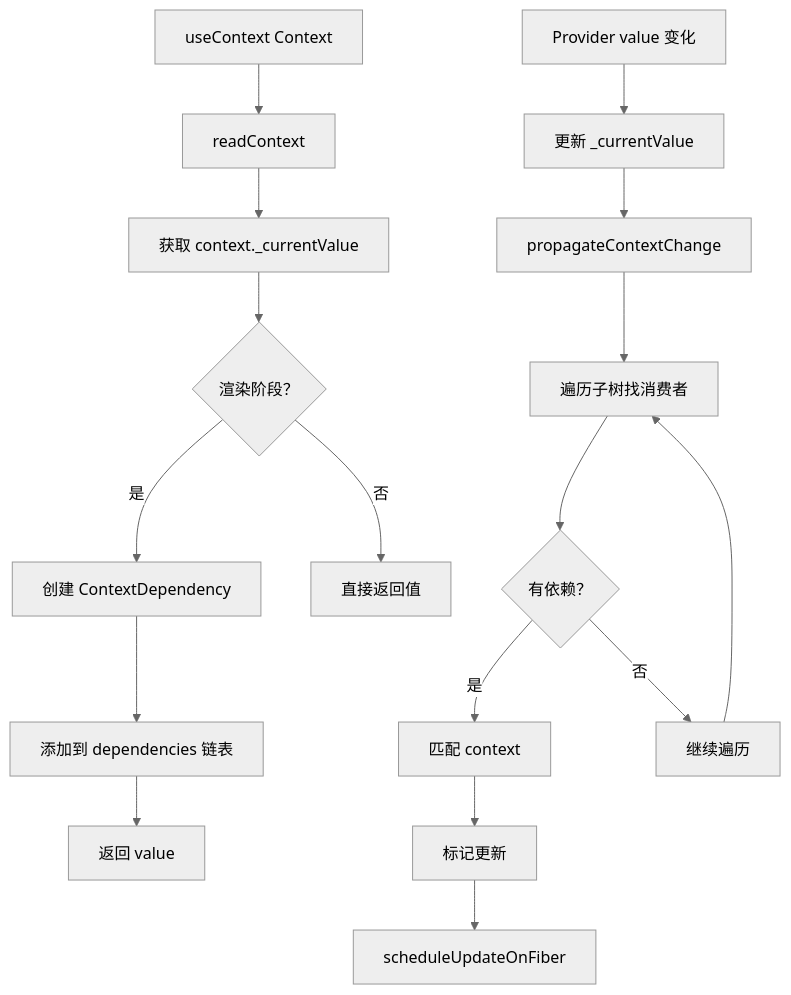
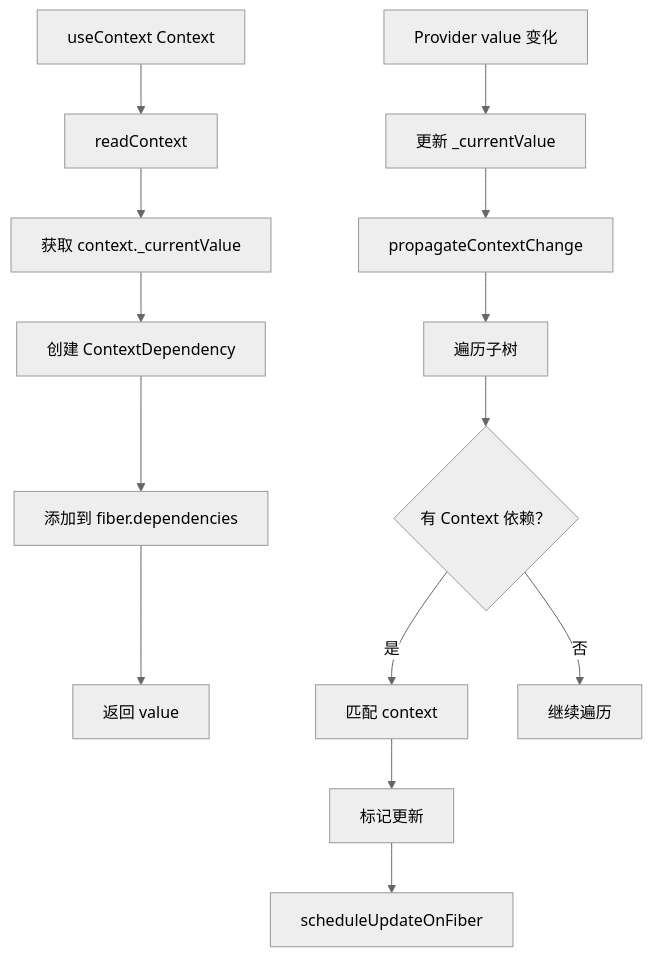
One commit to xuyuxiong/react-source-code-analysis changed the diagram in docs/implementation/use-context.md. Above: the diagram before and after it, drawn with Mermaid (neutral theme). The commit also changed other lines of this file and 13 other files, not shown here.

````diff
--- a/docs/implementation/use-context.md
+++ b/docs/implementation/use-context.md
@@ -236,20 +238,17 @@
 ```mermaid
 graph TD
     A[useContext Context] --> B[readContext]
     B --> C[获取 context._currentValue]
-    C --> D{渲染阶段？}
-    D -->|是 | E[创建 ContextDependency]
-    D -->|否 | F[直接返回值]
-    E --> G[添加到 dependencies 链表]
-    G --> H[返回 value]
+    C --> D[创建 ContextDependency]
+    D --> E[添加到 fiber.dependencies]
+    E --> F[返回 value]
     
-    I[Provider value 变化] --> J[更新 _currentValue]
-    J --> K[propagateContextChange]
-    K --> L[遍历子树找消费者]
-    L --> M{有依赖？}
-    M -->|是 | N[匹配 context]
-    M -->|否 | O[继续遍历]
-    N --> P[标记更新]
-    P --> Q[scheduleUpdateOnFiber]
-    O --> L
+    G[Provider value 变化] --> H[更新 _currentValue]
+    H --> I[propagateContextChange]
+    I --> J[遍历子树]
+    J --> K{有 Context 依赖？}
+    K -->|是 | L[匹配 context]
+    L --> M[标记更新]
+    M --> N[scheduleUpdateOnFiber]
+    K -->|否 | O[继续遍历]
 ```
````
